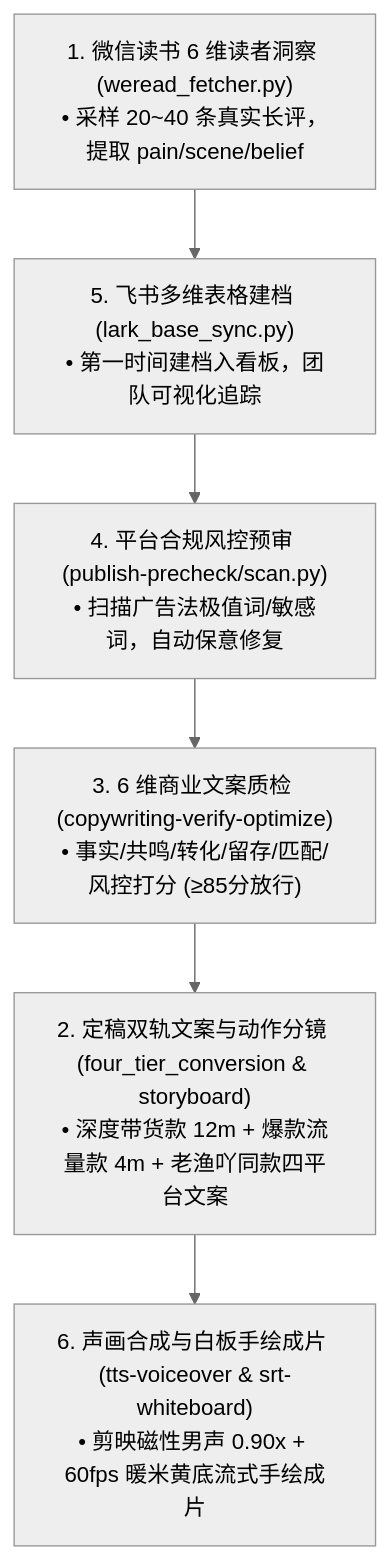
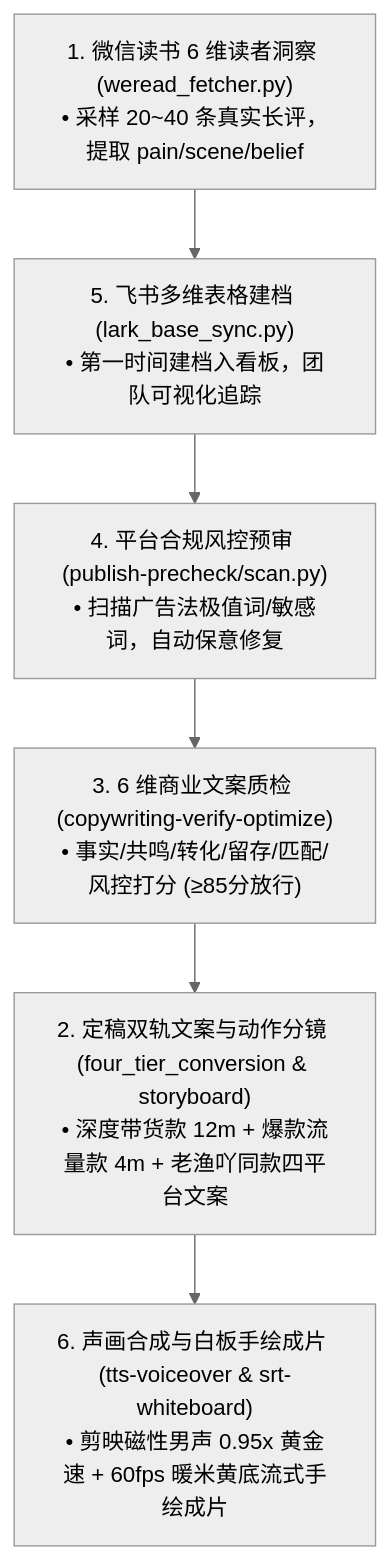
One commit to wsuming97/tushu changed the diagram in copywriting-library/SKILL.md. Above: the diagram before and after it, drawn with Mermaid (neutral theme). The commit also changed 1 other file, not shown here.

Commit message:
config(audio): 全面设定 0.95x 黄金微沉浸速为系统通用默认语速标准，更新全套技能配置与文档

````diff
--- a/copywriting-library/SKILL.md
+++ b/copywriting-library/SKILL.md
@@ -14,8 +14,8 @@
 ```mermaid
 graph TD
     S1["1. 微信读书 6 维读者洞察 (weread_fetcher.py)<br/>• 采样 20~40 条真实长评，提取 pain/scene/belief"] --> S5["5. 飞书多维表格建档 (lark_base_sync.py)<br/>• 第一时间建档入看板，团队可视化追踪"]
     S5 --> S4["4. 平台合规风控预审 (publish-precheck/scan.py)<br/>• 扫描广告法极值词/敏感词，自动保意修复"]
     S4 --> S3["3. 6 维商业文案质检 (copywriting-verify-optimize)<br/>• 事实/共鸣/转化/留存/匹配/风控打分 (≥85分放行)"]
     S3 --> S2["2. 定稿双轨文案与动作分镜 (four_tier_conversion & storyboard)<br/>• 深度带货款 12m + 爆款流量款 4m + 老渔吖同款四平台文案"]
-    S2 --> S6["6. 声画合成与白板手绘成片 (tts-voiceover & srt-whiteboard)<br/>• 剪映磁性男声 0.90x + 60fps 暖米黄底流式手绘成片"]
+    S2 --> S6["6. 声画合成与白板手绘成片 (tts-voiceover & srt-whiteboard)<br/>• 剪映磁性男声 0.95x 黄金速 + 60fps 暖米黄底流式手绘成片"]
 ```
````
